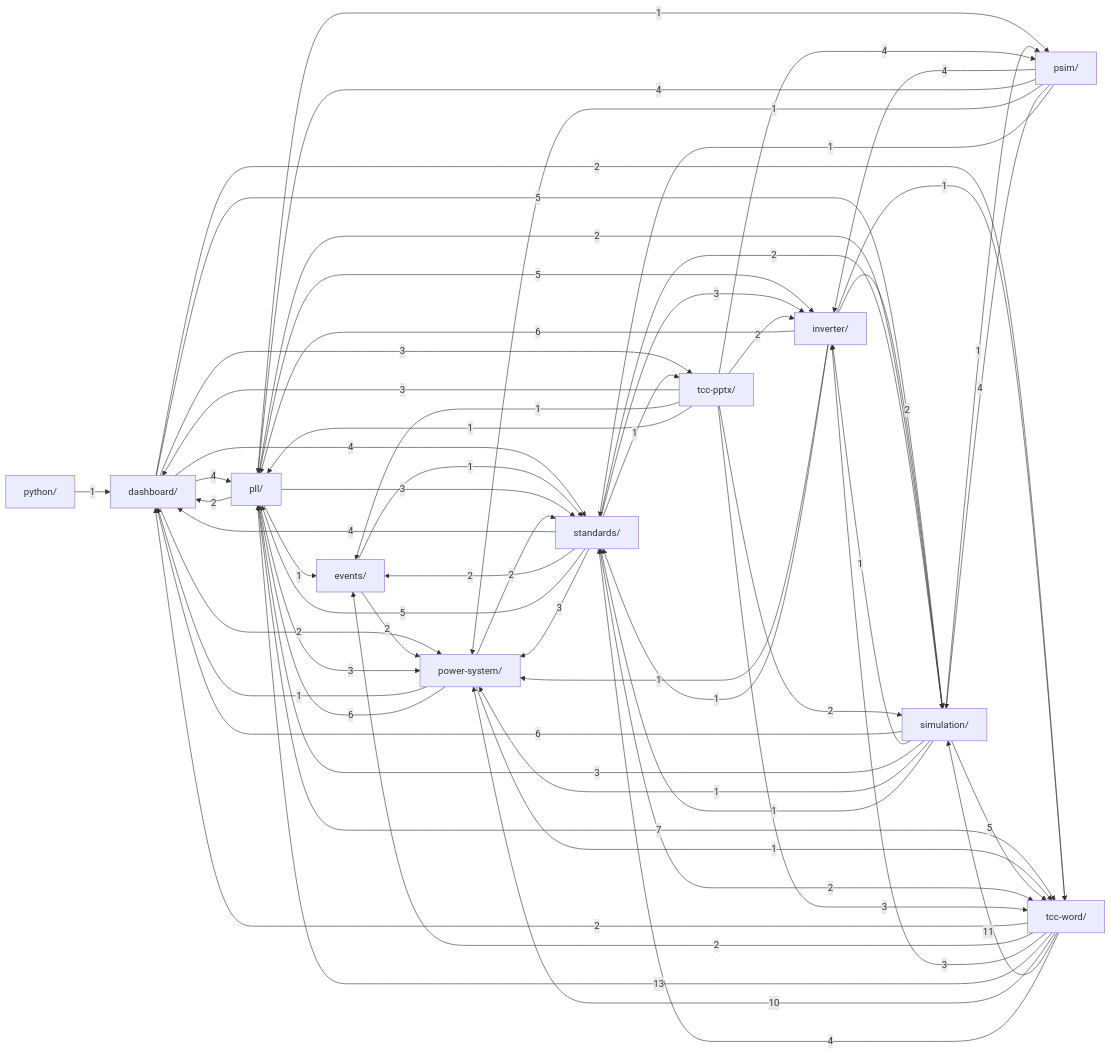
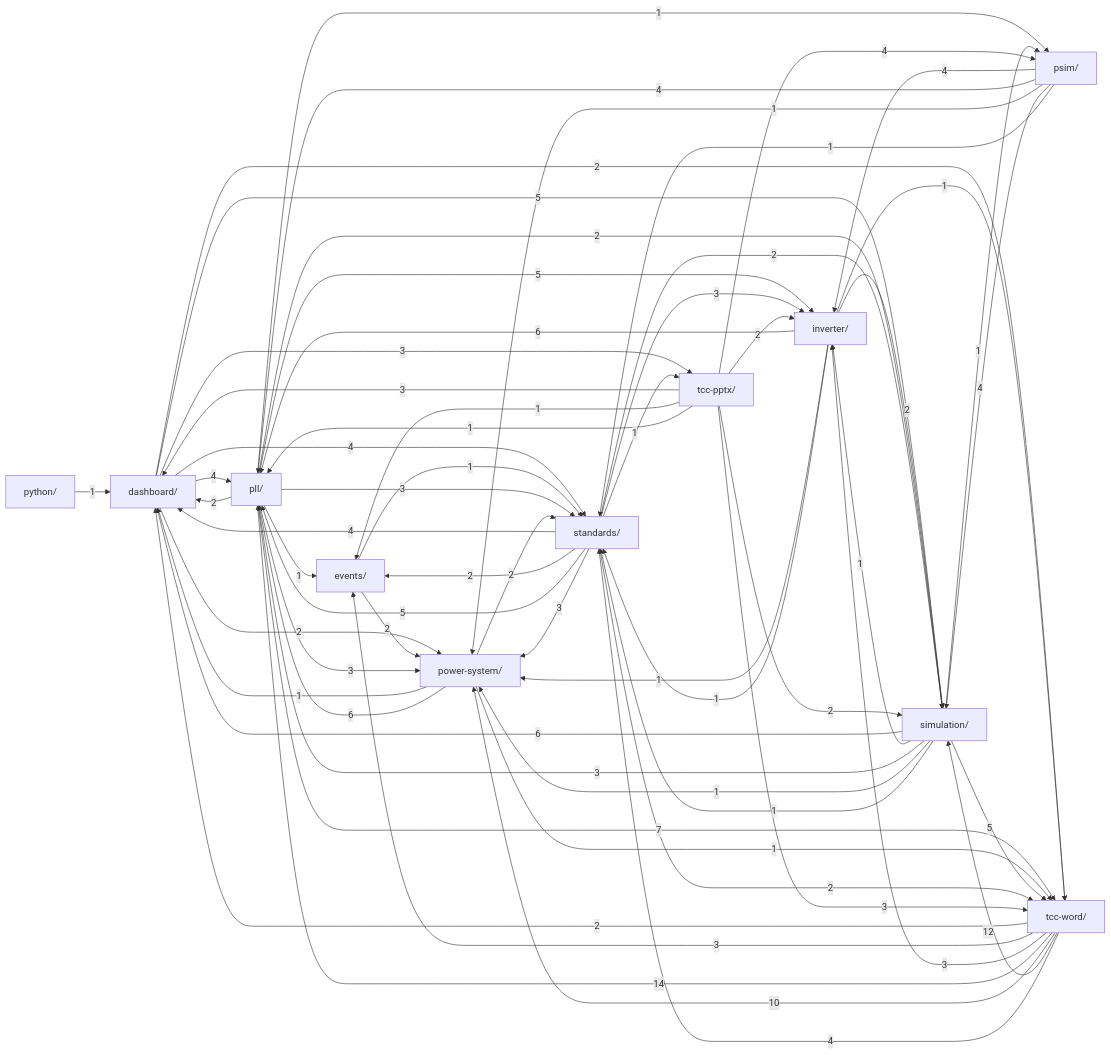
One commit to GGHB0/pll_stability_9bus changed the diagram in .claude/kb/grafo.md. Above: the diagram before and after it, drawn with Mermaid. The commit also changed 274 other files, not shown here.

````diff
--- a/.claude/kb/grafo.md
+++ b/.claude/kb/grafo.md
@@ -12,74 +12,74 @@
 ```mermaid
 graph LR
     dashboard["dashboard/"]
     events["events/"]
     inverter["inverter/"]
     pll["pll/"]
     power_system["power-system/"]
     psim["psim/"]
     python["python/"]
     simulation["simulation/"]
     standards["standards/"]
     tcc_pptx["tcc-pptx/"]
     tcc_word["tcc-word/"]
     dashboard -->|4| pll
     dashboard -->|2| power_system
     dashboard -->|5| simulation
     dashboard -->|4| standards
     dashboard -->|3| tcc_pptx
     dashboard -->|2| tcc_word
     events -->|2| power_system
     events -->|1| standards
     inverter -->|6| pll
     inverter -->|1| power_system
     inverter -->|2| simulation
     inverter -->|1| standards
     inverter -->|1| tcc_word
     pll -->|2| dashboard
     pll -->|1| events
     pll -->|5| inverter
     pll -->|3| power_system
     pll -->|1| psim
     pll -->|2| simulation
     pll -->|3| standards
     pll -->|7| tcc_word
     power_system -->|1| dashboard
     power_system -->|6| pll
     power_system -->|2| standards
     power_system -->|1| tcc_word
     psim -->|4| inverter
     psim -->|4| pll
     psim -->|1| power_system
     psim -->|4| simulation
     psim -->|1| standards
     python -->|1| dashboard
     simulation -->|6| dashboard
     simulation -->|1| inverter
     simulation -->|3| pll
     simulation -->|1| power_system
     simulation -->|1| psim
     simulation -->|1| standards
     simulation -->|5| tcc_word
     standards -->|4| dashboard
     standards -->|2| events
     standards -->|3| inverter
     standards -->|5| pll
     standards -->|3| power_system
     standards -->|2| simulation
     standards -->|1| tcc_pptx
     standards -->|2| tcc_word
     tcc_pptx -->|3| dashboard
     tcc_pptx -->|1| events
     tcc_pptx -->|2| inverter
     tcc_pptx -->|1| pll
     tcc_pptx -->|4| psim
     tcc_pptx -->|2| simulation
     tcc_pptx -->|3| tcc_word
     tcc_word -->|2| dashboard
-    tcc_word -->|2| events
+    tcc_word -->|3| events
     tcc_word -->|3| inverter
-    tcc_word -->|13| pll
+    tcc_word -->|14| pll
     tcc_word -->|10| power_system
-    tcc_word -->|11| simulation
+    tcc_word -->|12| simulation
     tcc_word -->|4| standards
 ```
````
